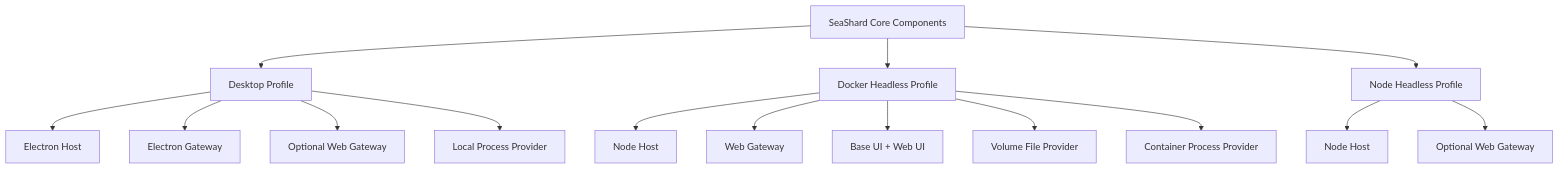
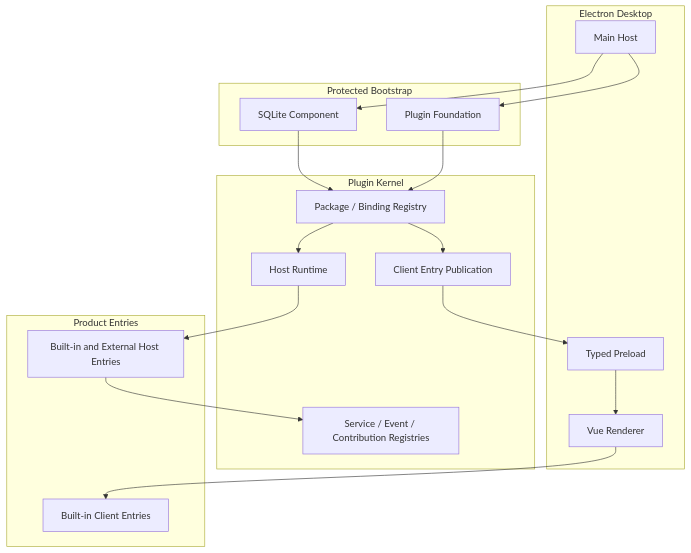
One commit to SeaLantern-Studio/SeaShard changed the diagram in DESIGN.md. Above: the diagram before and after it, drawn with Mermaid. The commit also changed other lines of this file, not shown here.

````diff
--- a/DESIGN.md
+++ b/DESIGN.md
@@ -791,26 +36,37 @@
 ```mermaid
 flowchart TB
-    CORE[SeaShard Core Components]
+    subgraph Desktop[Electron Desktop]
+        MAIN[Main Host]
+        PRELOAD[Typed Preload]
+        RENDERER[Vue Renderer]
+    end
 
-    DESKTOP[Desktop Profile]
-    DOCKER[Docker Headless Profile]
-    NODE[Node Headless Profile]
+    subgraph Bootstrap[Protected Bootstrap]
+        DB[SQLite Component]
+        FOUNDATION[Plugin Foundation]
+    end
 
-    CORE --> DESKTOP
-    CORE --> DOCKER
-    CORE --> NODE
+    subgraph Kernel[Plugin Kernel]
+        REGISTRY[Package / Binding Registry]
+        RUNTIME[Host Runtime]
+        SERVICES[Service / Event / Contribution Registries]
+        CLIENTS[Client Entry Publication]
+    end
 
-    DESKTOP --> EHOST[Electron Host]
-    DESKTOP --> EIPC[Electron Gateway]
-    DESKTOP --> DWEB[Optional Web Gateway]
-    DESKTOP --> LOCAL[Local Process Provider]
+    subgraph Entries[Product Entries]
+        HOST[Built-in and External Host Entries]
+        CLIENT[Built-in Client Entries]
+    end
 
-    DOCKER --> NHOST[Node Host]
-    DOCKER --> WGW[Web Gateway]
-    DOCKER --> WUI[Base UI + Web UI]
-    DOCKER --> VOLUME[Volume File Provider]
-    DOCKER --> EXEC[Container Process Provider]
-
-    NODE --> NHOST2[Node Host]
-    NODE --> WGW2[Optional Web Gateway]
+    MAIN --> DB
+    MAIN --> FOUNDATION
+    DB --> REGISTRY
+    FOUNDATION --> REGISTRY
+    REGISTRY --> RUNTIME
+    RUNTIME --> HOST
+    HOST --> SERVICES
+    REGISTRY --> CLIENTS
+    CLIENTS --> PRELOAD
+    PRELOAD --> RENDERER
+    RENDERER --> CLIENT
 ```
````
